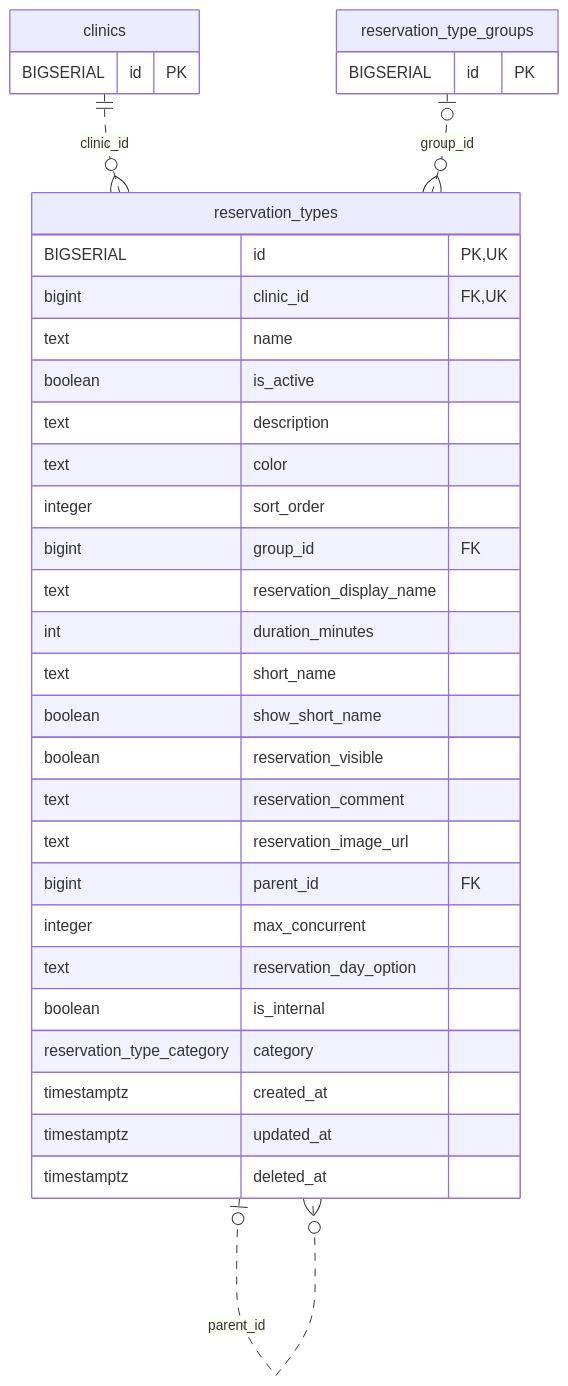
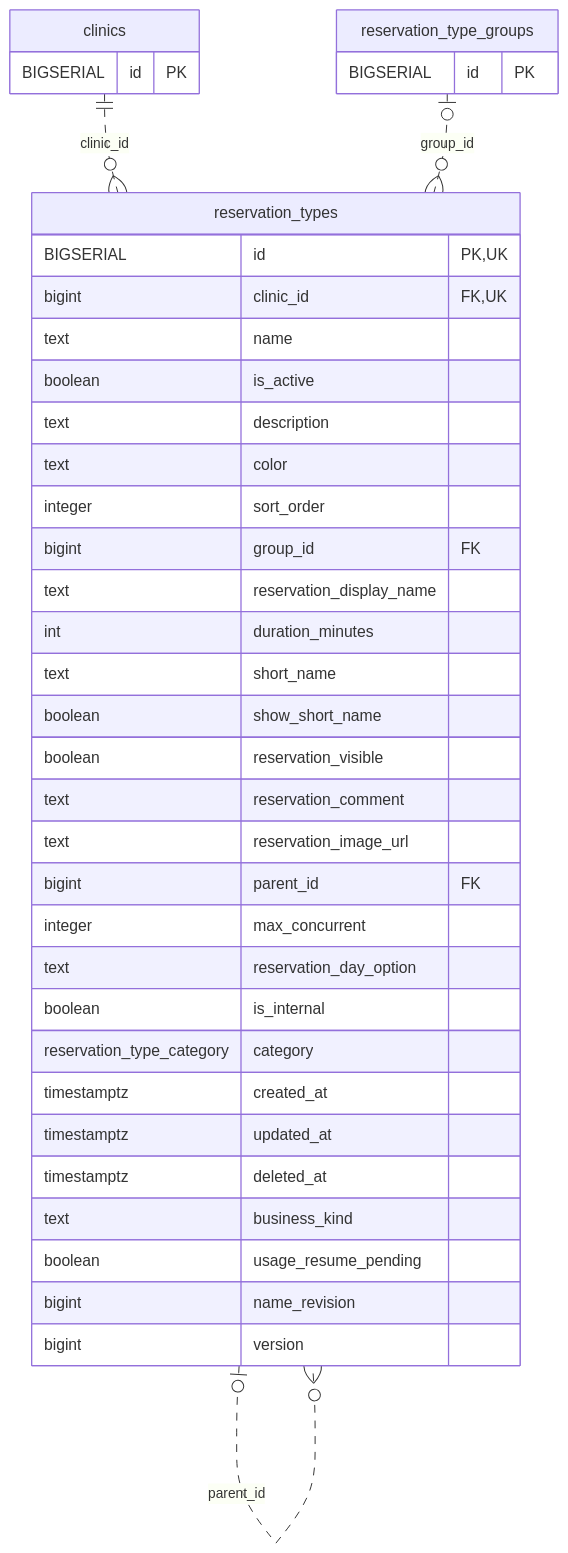
The diagram in docs/architecture/erd-detail/reservation_types.md (MinoruSoga/AnimalEkarte), drawn with Mermaid before and after one commit. The commit also changed other lines of this file and 131 other files, not shown here.

````diff
--- a/docs/architecture/erd-detail/reservation_types.md
+++ b/docs/architecture/erd-detail/reservation_types.md
@@ -46,37 +50,41 @@
 ```mermaid
 erDiagram
     reservation_types {
         BIGSERIAL id PK,UK
         bigint clinic_id FK,UK
         text name
         boolean is_active
         text description
         text color
         integer sort_order
         bigint group_id FK
         text reservation_display_name
         int duration_minutes
         text short_name
         boolean show_short_name
         boolean reservation_visible
         text reservation_comment
         text reservation_image_url
         bigint parent_id FK
         integer max_concurrent
         text reservation_day_option
         boolean is_internal
         reservation_type_category category
         timestamptz created_at
         timestamptz updated_at
         timestamptz deleted_at
+        text business_kind
+        boolean usage_resume_pending
+        bigint name_revision
+        bigint version
     }
     clinics {
         BIGSERIAL id PK
     }
     reservation_type_groups {
         BIGSERIAL id PK
     }
     clinics ||..o{ reservation_types : "clinic_id"
     reservation_type_groups o|..o{ reservation_types : "group_id"
     reservation_types o|..o{ reservation_types : "parent_id"
 ```
````
